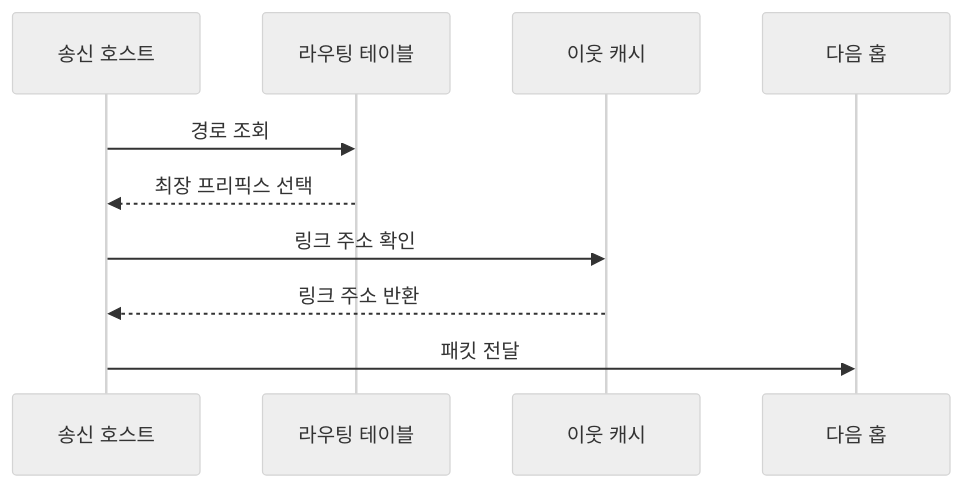
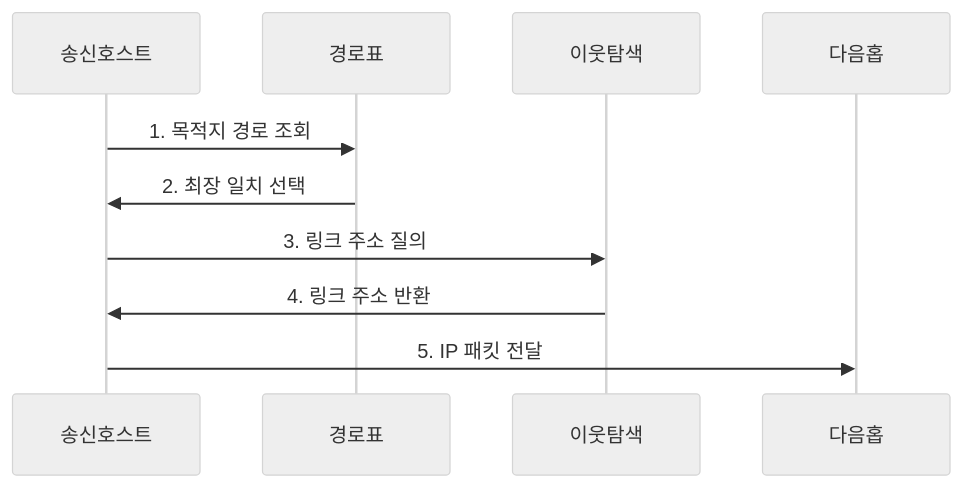
The second of 2 diagrams in src/content/docs/notes/04-network/004_ip_addressing_ipv4_ipv6.md (agnusdei1207/knowledge-base), drawn with Mermaid (neutral theme) before and after one commit. The commit also changed other lines of this file and 20 other files, not shown here.

````diff
--- a/src/content/docs/notes/04-network/004_ip_addressing_ipv4_ipv6.md
+++ b/src/content/docs/notes/04-network/004_ip_addressing_ipv4_ipv6.md
@@ -88,12 +88,12 @@
 ```mermaid
 sequenceDiagram
-    participant H as 송신 호스트
-    participant R as 라우팅 테이블
-    participant N as 이웃 캐시
-    participant L as 다음 홉
-    H->>R: 경로 조회
-    R-->>H: 최장 프리픽스 선택
-    H->>N: 링크 주소 확인
-    N-->>H: 링크 주소 반환
-    H->>L: 패킷 전달
+    participant 송신호스트
+    participant 경로표
+    participant 이웃탐색
+    participant 다음홉
+    송신호스트->>경로표: 1. 목적지 경로 조회
+    경로표->>송신호스트: 2. 최장 일치 선택
+    송신호스트->>이웃탐색: 3. 링크 주소 질의
+    이웃탐색->>송신호스트: 4. 링크 주소 반환
+    송신호스트->>다음홉: 5. IP 패킷 전달
 ```
````
